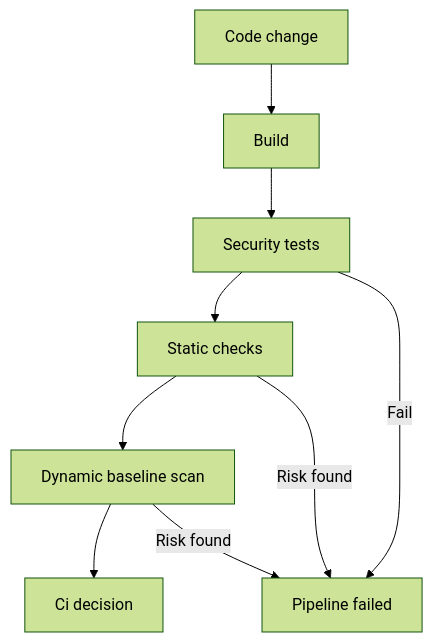
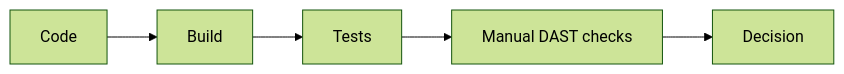
Before and after one commit to lthobois/sdne: the diagram in 05/README.md, drawn with Mermaid (forest theme). The commit also changed other lines of this file and 11 other files, not shown here.

````diff
--- a/05/README.md
+++ b/05/README.md
@@ -88,11 +118,7 @@
 ```mermaid
-graph TD
-  N1[Code change] --> N2[Build]
-  N2 --> N3[Security tests]
-  N3 --> N4[Static checks]
-  N4 --> N5[Dynamic baseline scan]
-  N5 --> N6[Ci decision]
-  N3 -- Fail --> N7[Pipeline failed]
-  N4 -- Risk found --> N7
-  N5 -- Risk found --> N7
+flowchart LR
+    A[Code] --> B[Build]
+    B --> C[Tests]
+    C --> D[Manual DAST checks]
+    D --> E[Decision]
 ```
````
